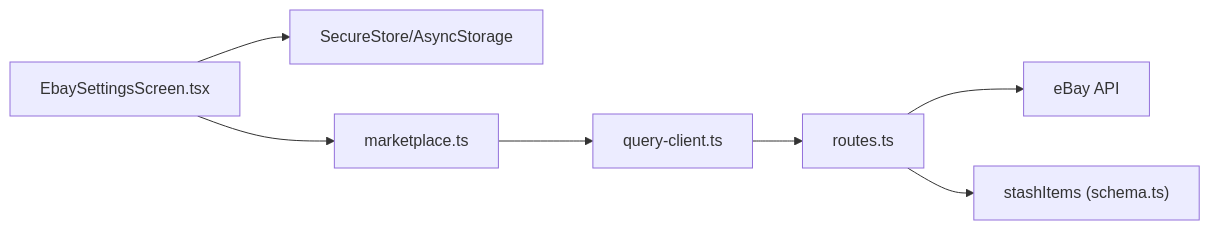
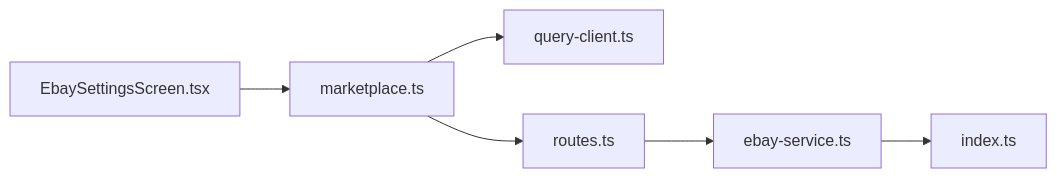
Before and after one commit to hunglevi87/Hidden-Gem: the ninth of 9 diagrams in .qoder/repowiki/en/content/Marketplace Integration/eBay Integration.md, drawn with Mermaid. The commit also changed other lines of this file and 99 other files, not shown here.

````diff
--- a/.qoder/repowiki/en/content/Marketplace Integration/eBay Integration.md
+++ b/.qoder/repowiki/en/content/Marketplace Integration/eBay Integration.md
@@ -283,9 +281,8 @@
 ```mermaid
 graph LR
-UI["EbaySettingsScreen.tsx"] --> SEC["SecureStore/AsyncStorage"]
-UI --> MP["marketplace.ts"]
+ESS["EbaySettingsScreen.tsx"] --> MP["marketplace.ts"]
 MP --> QC["query-client.ts"]
-QC --> BE["routes.ts"]
-BE --> EB["eBay API"]
-BE --> DB["stashItems (schema.ts)"]
+MP --> R["routes.ts"]
+R --> ES["ebay-service.ts"]
+ES --> IDX["index.ts"]
 ```
````
